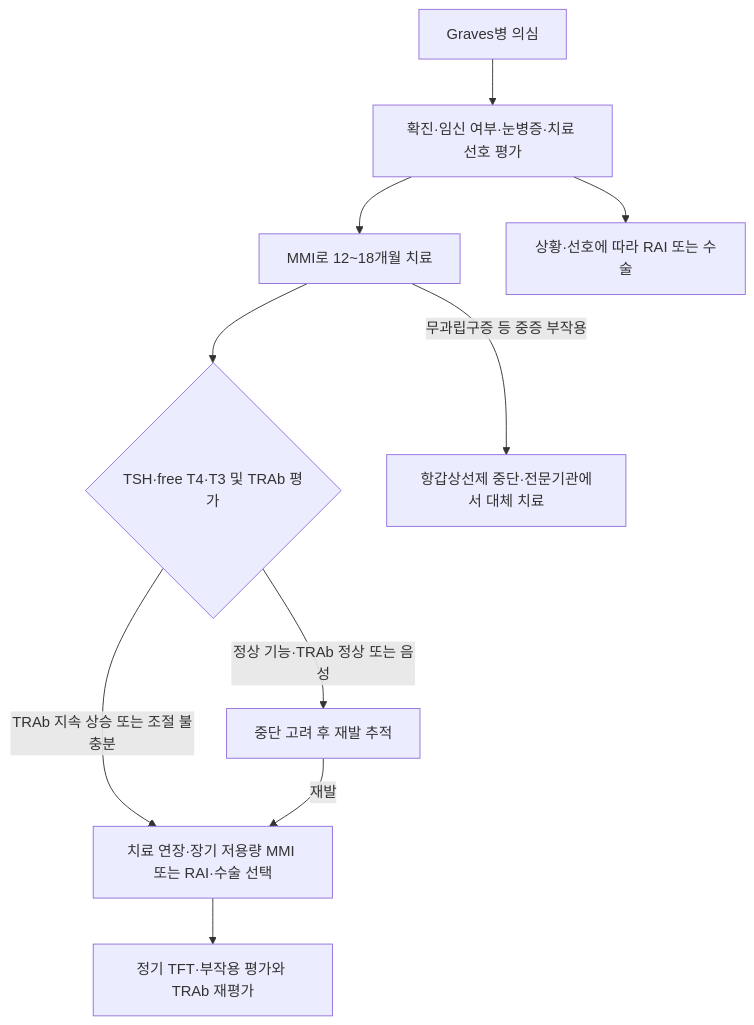
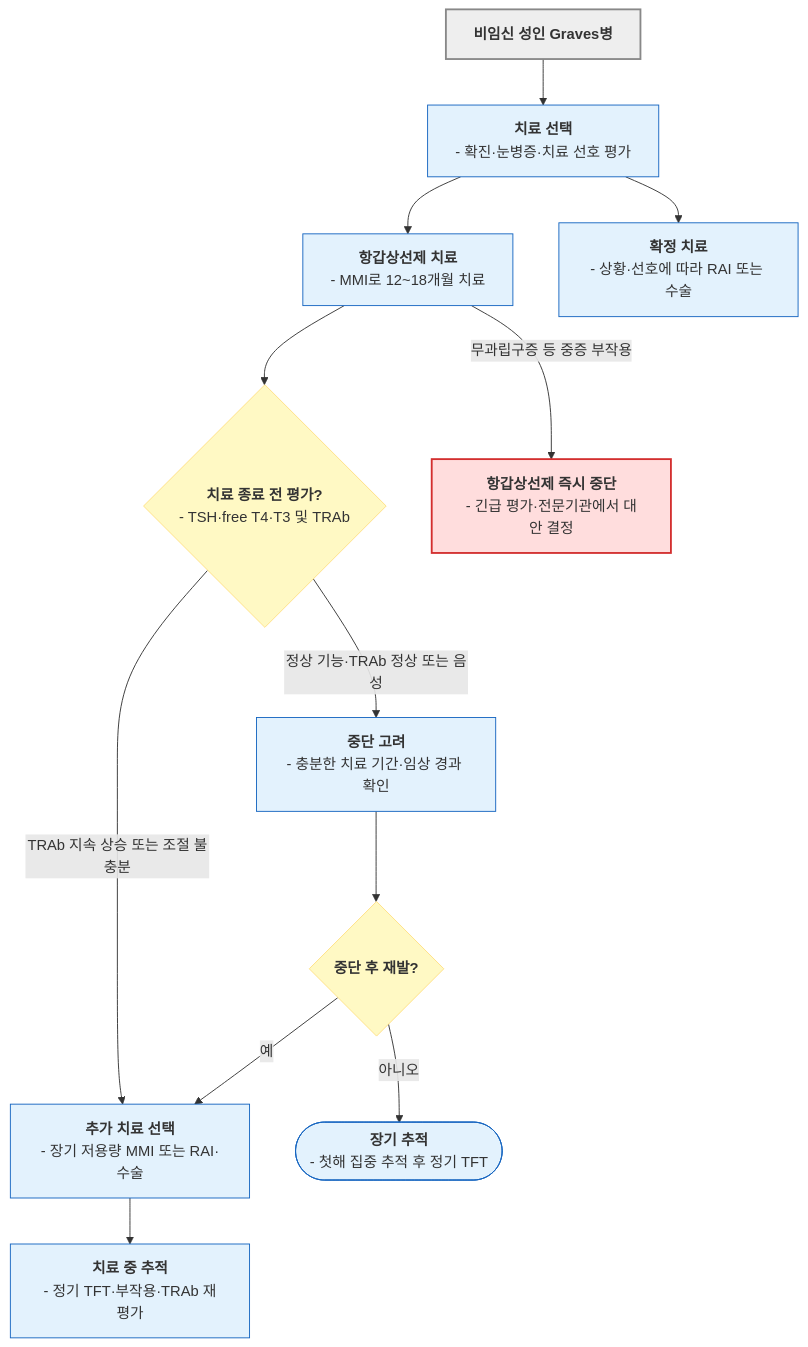
One commit to familyoh77/familyoh77 changed the second of 2 diagrams in 226_/106_-hyperthyroidism.md. Above: the diagram before and after it, drawn with Mermaid. The commit also changed other lines of this file and 9 other files, not shown here.

````diff
--- a/226_/106_-hyperthyroidism.md
+++ b/226_/106_-hyperthyroidism.md
@@ -187,12 +201,29 @@
 ```mermaid
 flowchart TD
-    A["Graves병 의심"] --> B["확진·임신 여부·눈병증·치료 선호 평가"]
-    B --> C["MMI로 12~18개월 치료"]
-    B --> D["상황·선호에 따라 RAI 또는 수술"]
-    C --> E{"TSH·free T4·T3 및 TRAb 평가"}
-    E -->|정상 기능·TRAb 정상 또는 음성| F["중단 고려 후 재발 추적"]
-    E -->|TRAb 지속 상승 또는 조절 불충분| G["치료 연장·장기 저용량 MMI 또는 RAI·수술 선택"]
-    G --> H["정기 TFT·부작용 평가와 TRAb 재평가"]
-    F -->|재발| G
-    C -->|무과립구증 등 중증 부작용| I["항갑상선제 중단·전문기관에서 대체 치료"]
+    A["`**비임신 성인 Graves병**`"] --> B["`**치료 선택**
+- 확진·눈병증·치료 선호 평가`"]
+    B --> C["`**항갑상선제 치료**
+- MMI로 12~18개월 치료`"]
+    B --> D["`**확정 치료**
+- 상황·선호에 따라 RAI 또는 수술`"]
+    C --> E{"`**치료 종료 전 평가?**
+- TSH·free T4·T3 및 TRAb`"}
+    E -->|정상 기능·TRAb 정상 또는 음성| F["`**중단 고려**
+- 충분한 치료 기간·임상 경과 확인`"]
+    E -->|TRAb 지속 상승 또는 조절 불충분| G["`**추가 치료 선택**
+- 장기 저용량 MMI 또는 RAI·수술`"]
+    G --> H["`**치료 중 추적**
+- 정기 TFT·부작용·TRAb 재평가`"]
+    F --> J{"`**중단 후 재발?**`"}
+    J -->|예| G
+    J -->|아니오| K(["`**장기 추적**
+- 첫해 집중 추적 후 정기 TFT`"])
+    C -->|무과립구증 등 중증 부작용| I["`**항갑상선제 즉시 중단**
+- 긴급 평가·전문기관에서 대안 결정`"]
+    classDef question fill:#fff9c4,stroke:#ffe082
+    classDef treatment fill:#e3f2fd,stroke:#1565c0
+    class E,J question
+    class B,C,D,F,G,H,K treatment
+    style A fill:#eeeeee,stroke:#888888,stroke-width:2px
+    style I fill:#ffdddd,stroke:#d32f2f,stroke-width:2px
 ```
````
